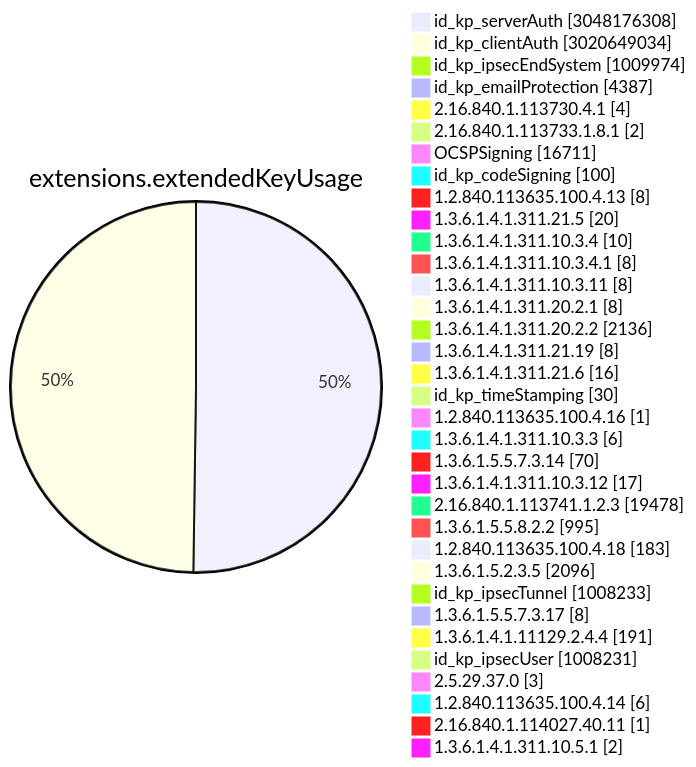
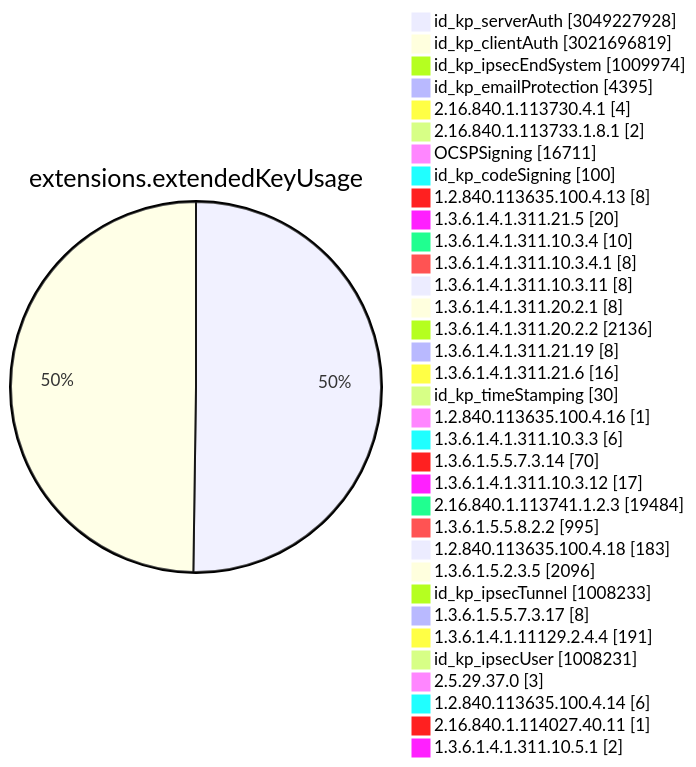
One commit to christiankrug/ctmonitor_visualization changed diagram 11 of 15 in TOTAL/README.md. Above: the diagram before and after it, drawn with Mermaid. The commit also changed other lines of this file, not shown here.

````diff
--- a/TOTAL/README.md
+++ b/TOTAL/README.md
@@ -4118,38 +4118,38 @@
 ```mermaid
 pie showData
 title extensions.extendedKeyUsage
-"id_kp_serverAuth" :3048176308
-"id_kp_clientAuth" :3020649034
+"id_kp_serverAuth" :3049227928
+"id_kp_clientAuth" :3021696819
 "id_kp_ipsecEndSystem" :1009974
-"id_kp_emailProtection" :4387
+"id_kp_emailProtection" :4395
 "2.16.840.1.113730.4.1" :4
 "2.16.840.1.113733.1.8.1" :2
 "OCSPSigning" :16711
 "id_kp_codeSigning" :100
 "1.2.840.113635.100.4.13" :8
 "1.3.6.1.4.1.311.21.5" :20
 "1.3.6.1.4.1.311.10.3.4" :10
 "1.3.6.1.4.1.311.10.3.4.1" :8
 "1.3.6.1.4.1.311.10.3.11" :8
 "1.3.6.1.4.1.311.20.2.1" :8
 "1.3.6.1.4.1.311.20.2.2" :2136
 "1.3.6.1.4.1.311.21.19" :8
 "1.3.6.1.4.1.311.21.6" :16
 "id_kp_timeStamping" :30
 "1.2.840.113635.100.4.16" :1
 "1.3.6.1.4.1.311.10.3.3" :6
 "1.3.6.1.5.5.7.3.14" :70
 "1.3.6.1.4.1.311.10.3.12" :17
-"2.16.840.1.113741.1.2.3" :19478
+"2.16.840.1.113741.1.2.3" :19484
 "1.3.6.1.5.5.8.2.2" :995
 "1.2.840.113635.100.4.18" :183
 "1.3.6.1.5.2.3.5" :2096
 "id_kp_ipsecTunnel" :1008233
 "1.3.6.1.5.5.7.3.17" :8
 "1.3.6.1.4.1.11129.2.4.4" :191
 "id_kp_ipsecUser" :1008231
 "2.5.29.37.0" :3
 "1.2.840.113635.100.4.14" :6
 "2.16.840.1.114027.40.11" :1
 "1.3.6.1.4.1.311.10.5.1" :2
 ```
````
